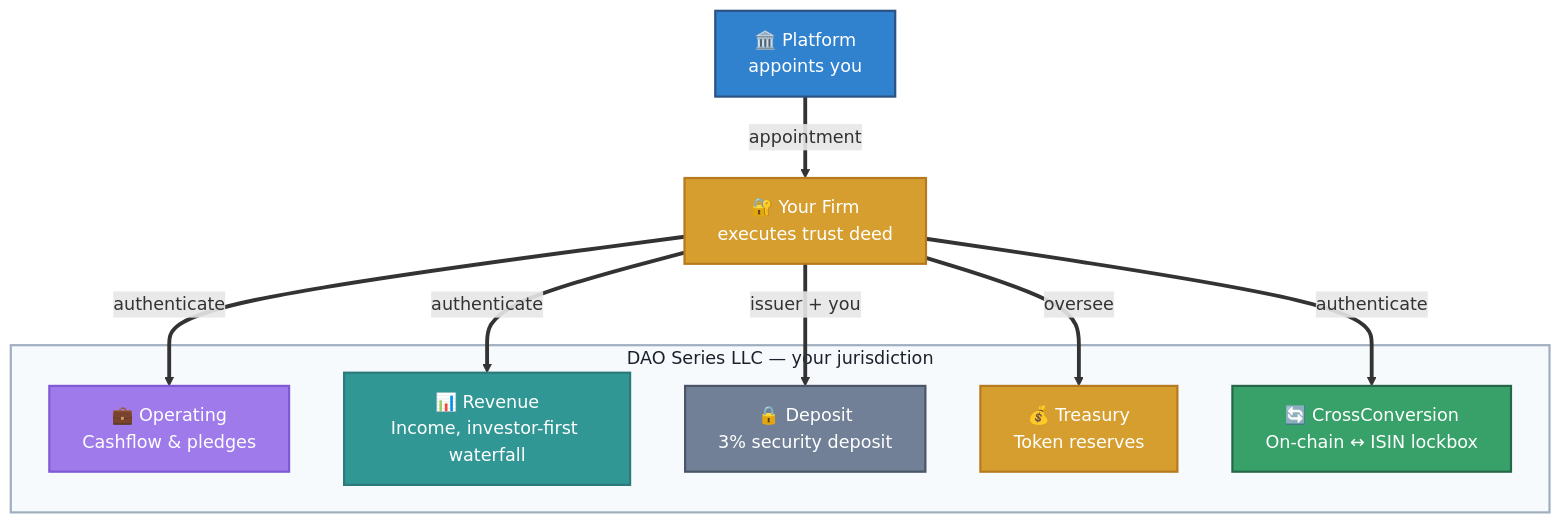
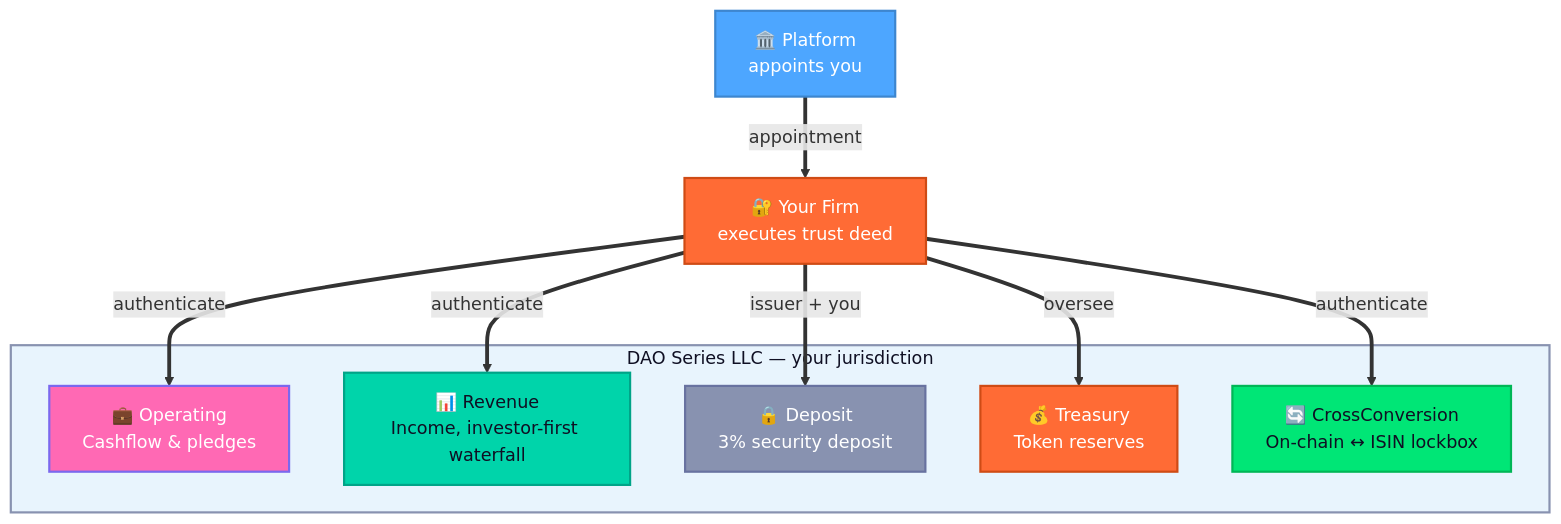
Before and after one commit to hrbrlife/sailsto_website: diagram 12 of 16 in hugo-site/content/_index.fr.md, drawn with Mermaid. The commit also changed other lines of this file and 9 other files, not shown here.

```diff
--- a/hugo-site/content/_index.fr.md
+++ b/hugo-site/content/_index.fr.md
@@ -742,26 +742,26 @@
 <div class="mermaid">
 flowchart TD
     PLAT["🏛️ Platform&lt;br/&gt;appoints you"]
     YOU["🔐 Your Firm&lt;br/&gt;executes trust deed"]
     subgraph DAO["DAO Series LLC — your jurisdiction"]
         OPS["💼 Operating&lt;br/&gt;Cashflow &amp; pledges"]
         REV["📊 Revenue&lt;br/&gt;Income, investor-first waterfall"]
         DEP["🔒 Deposit&lt;br/&gt;3% security deposit"]
         TRS["💰 Treasury&lt;br/&gt;Token reserves"]
         CCS["🔄 CrossConversion&lt;br/&gt;On-chain ↔ ISIN lockbox"]
     end
     YOU ==>|"authenticate"| OPS
     YOU ==>|"authenticate"| REV
     YOU ==>|"issuer + you"| DEP
     YOU ==>|"oversee"| TRS
     YOU ==>|"authenticate"| CCS
     PLAT ==>|"appointment"| YOU
-    style PLAT fill:#3182ce,color:#fff,stroke:#2c5282,stroke-width:2px
-    style YOU fill:#d69e2e,color:#fff,stroke:#b7791f,stroke-width:2px
-    style DAO fill:#f7fafc,color:#1a202c,stroke:#a0aec0,stroke-width:2px
-    style OPS fill:#9f7aea,color:#fff,stroke:#805ad5,stroke-width:2px
-    style REV fill:#319795,color:#fff,stroke:#2c7a7b,stroke-width:2px
-    style DEP fill:#718096,color:#fff,stroke:#4a5568,stroke-width:2px
-    style TRS fill:#d69e2e,color:#fff,stroke:#b7791f,stroke-width:2px
-    style CCS fill:#38a169,color:#fff,stroke:#276749,stroke-width:2px
+    style PLAT fill:#4DA6FF,color:#fff,stroke:#3D86CF,stroke-width:2px
+    style YOU fill:#FF6B35,color:#fff,stroke:#CF4B15,stroke-width:2px
+    style DAO fill:#E8F4FD,color:#0F0F23,stroke:#8892B0,stroke-width:2px
+    style OPS fill:#FF69B4,color:#fff,stroke:#7B68EE,stroke-width:2px
+    style REV fill:#00D4AA,color:#0F0F23,stroke:#00A488,stroke-width:2px
+    style DEP fill:#8892B0,color:#fff,stroke:#6872A0,stroke-width:2px
+    style TRS fill:#FF6B35,color:#fff,stroke:#CF4B15,stroke-width:2px
+    style CCS fill:#00E676,color:#0F0F23,stroke:#00B656,stroke-width:2px
 </div>
```
